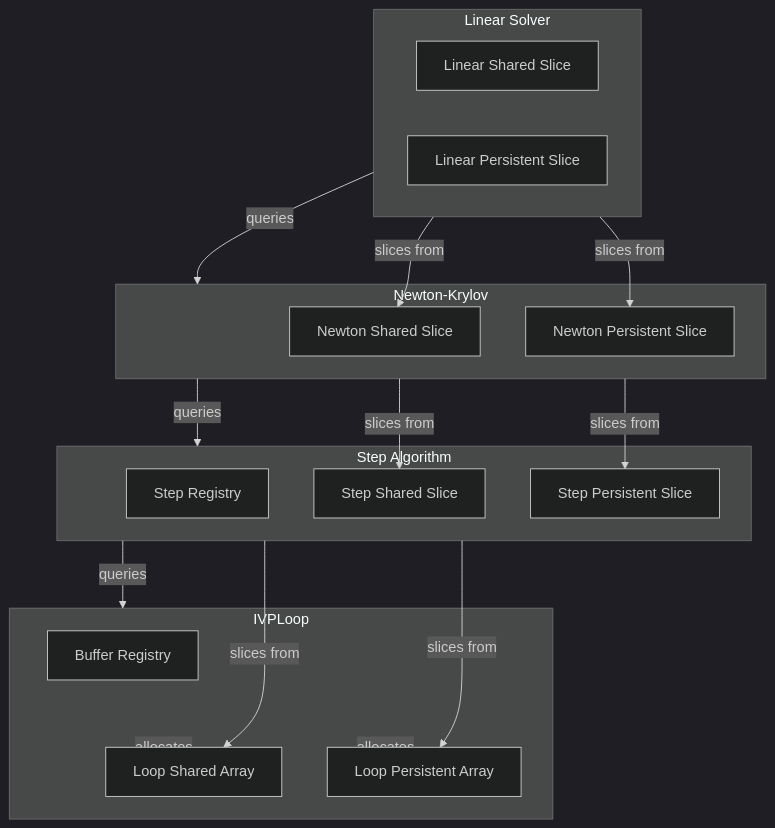
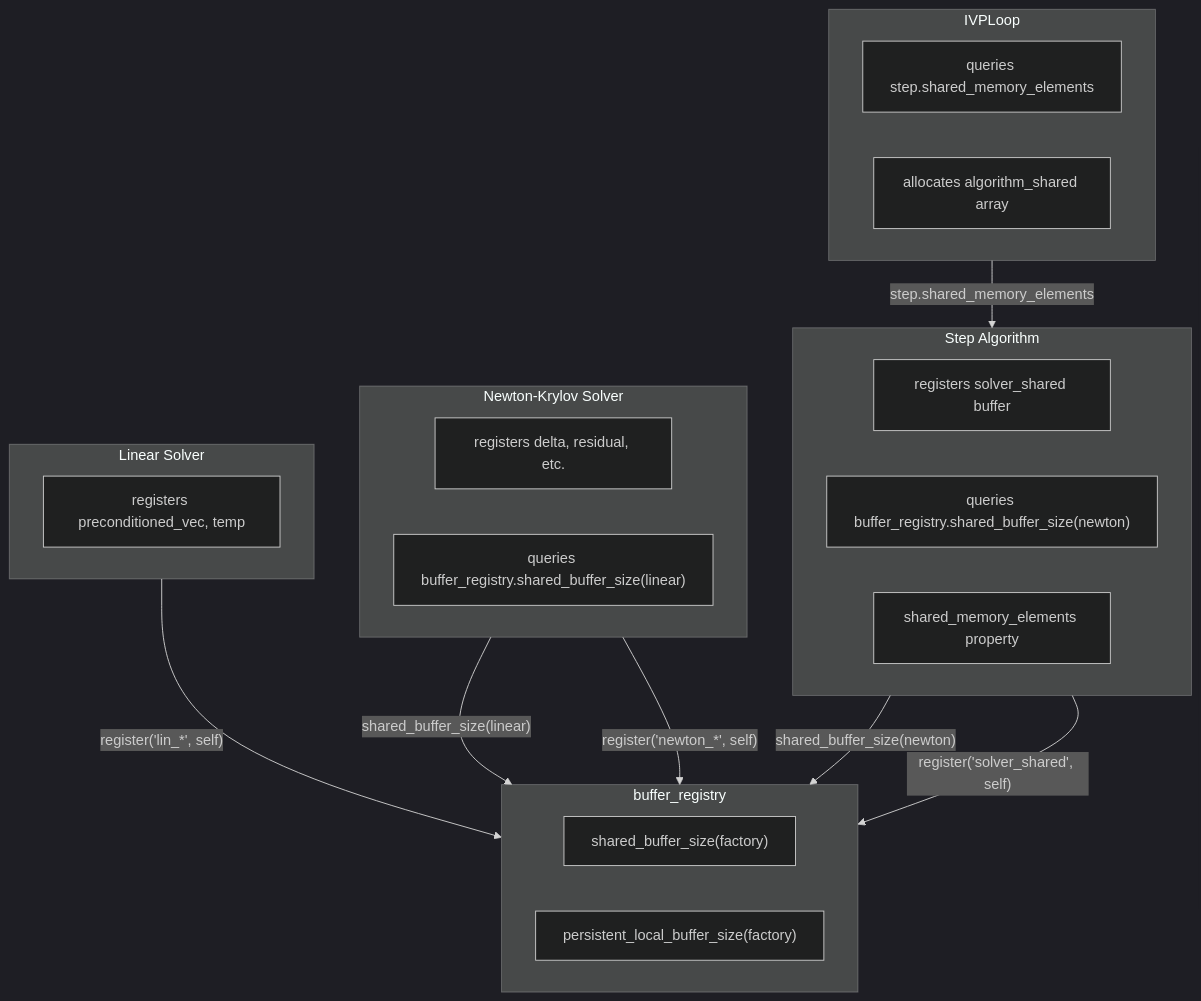
The first of 2 diagrams in .github/active_plans/buffer_integrations/human_overview.md (ccam80/cubie), drawn with Mermaid (dark theme) before and after one commit. The commit also changed other lines of this file and 1 other file, not shown here.

First line of the commit message:
docs: revise buffer_integrations plan with correct hierarchical architecture

````diff
--- a/.github/active_plans/buffer_integrations/human_overview.md
+++ b/.github/active_plans/buffer_integrations/human_overview.md
@@ -63,39 +91,35 @@
 ```mermaid
 flowchart TD
     subgraph Loop["IVPLoop"]
-        LR[Buffer Registry]
-        LS[Loop Shared Array]
-        LP[Loop Persistent Array]
+        LQ["queries step.shared_memory_elements"]
+        LA["allocates algorithm_shared array"]
     end
     
     subgraph Step["Step Algorithm"]
-        SR[Step Registry]
-        SS[Step Shared Slice]
-        SP[Step Persistent Slice]
+        SR["registers solver_shared buffer"]
+        SQ["queries buffer_registry.shared_buffer_size(newton)"]
+        SP["shared_memory_elements property"]
     end
     
-    subgraph Newton["Newton-Krylov"]
-        NS[Newton Shared Slice]
-        NP[Newton Persistent Slice]
+    subgraph Newton["Newton-Krylov Solver"]
+        NR["registers delta, residual, etc."]
+        NQ["queries buffer_registry.shared_buffer_size(linear)"]
     end
     
     subgraph Linear["Linear Solver"]
-        LinS[Linear Shared Slice]
-        LinP[Linear Persistent Slice]
+        LR["registers preconditioned_vec, temp"]
     end
     
-    Loop -->|allocates| LS
-    Loop -->|allocates| LP
+    subgraph Registry["buffer_registry"]
+        BS["shared_buffer_size(factory)"]
+        BP["persistent_local_buffer_size(factory)"]
+    end
     
-    Step -->|queries| Loop
-    Step -->|slices from| LS
-    Step -->|slices from| LP
+    Loop -->|"step.shared_memory_elements"| Step
+    Step -->|"shared_buffer_size(newton)"| Registry
+    Newton -->|"shared_buffer_size(linear)"| Registry
     
-    Newton -->|queries| Step
-    Newton -->|slices from| SS
-    Newton -->|slices from| SP
-    
-    Linear -->|queries| Newton
-    Linear -->|slices from| NS
-    Linear -->|slices from| NP
+    Linear -->|"register('lin_*', self)"| Registry
+    Newton -->|"register('newton_*', self)"| Registry
+    Step -->|"register('solver_shared', self)"| Registry
 ```
````
